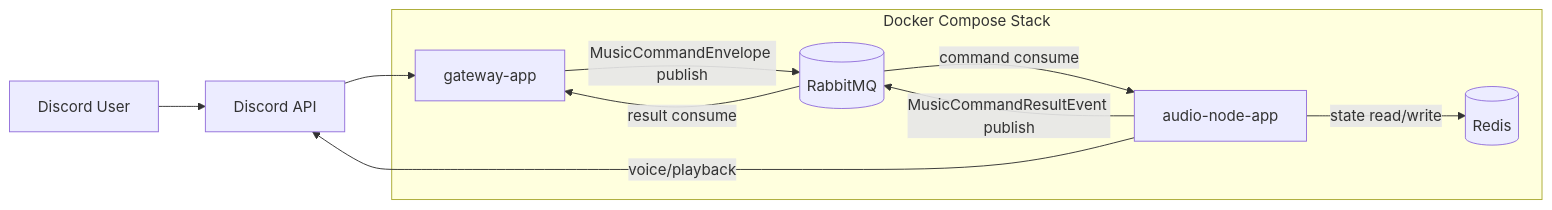
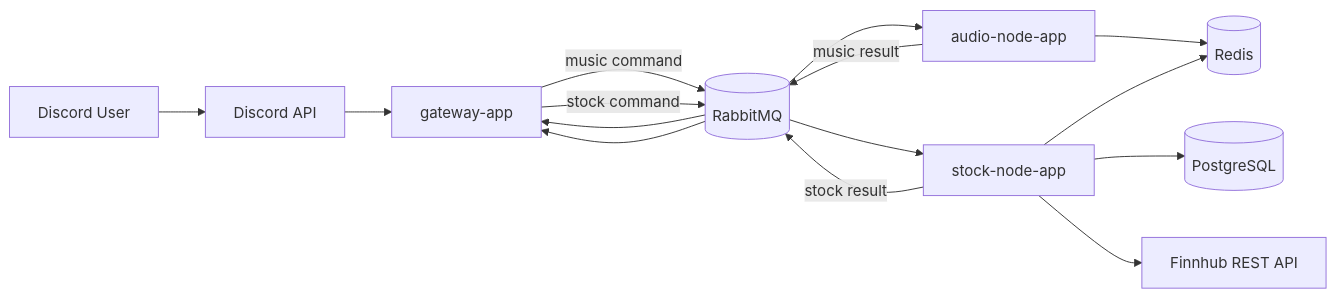
One commit to som141/dis changed the first of 2 diagrams in docs/CURRENT_ARCHITECTURE.md. Above: the diagram before and after it, drawn with Mermaid. The commit also changed other lines of this file and 16 other files, not shown here.

````diff
--- a/docs/CURRENT_ARCHITECTURE.md
+++ b/docs/CURRENT_ARCHITECTURE.md
@@ -38,21 +17,30 @@
 ```mermaid
 flowchart LR
     U[Discord User]
     D[Discord API]
-
-    subgraph APPS[Docker Compose Stack]
-        G[gateway-app]
-        A[audio-node-app]
-        R[(Redis)]
-        MQ[(RabbitMQ)]
-    end
+    G[gateway-app]
+    MQ[(RabbitMQ)]
+    A[audio-node-app]
+    S[stock-node-app]
+    R[(Redis)]
+    P[(PostgreSQL)]
+    F[Finnhub REST API]
 
     U --> D
     D --> G
-    G -->|MusicCommandEnvelope publish| MQ
-    MQ -->|command consume| A
-    A -->|MusicCommandResultEvent publish| MQ
-    MQ -->|result consume| G
-    A -->|state read/write| R
-    A -->|voice/playback| D
+
+    G -->|music command| MQ
+    MQ --> A
+    A -->|music result| MQ
+    MQ --> G
+
+    G -->|stock command| MQ
+    MQ --> S
+    S -->|stock result| MQ
+    MQ --> G
+
+    A --> R
+    S --> R
+    S --> P
+    S --> F
 ```
````
